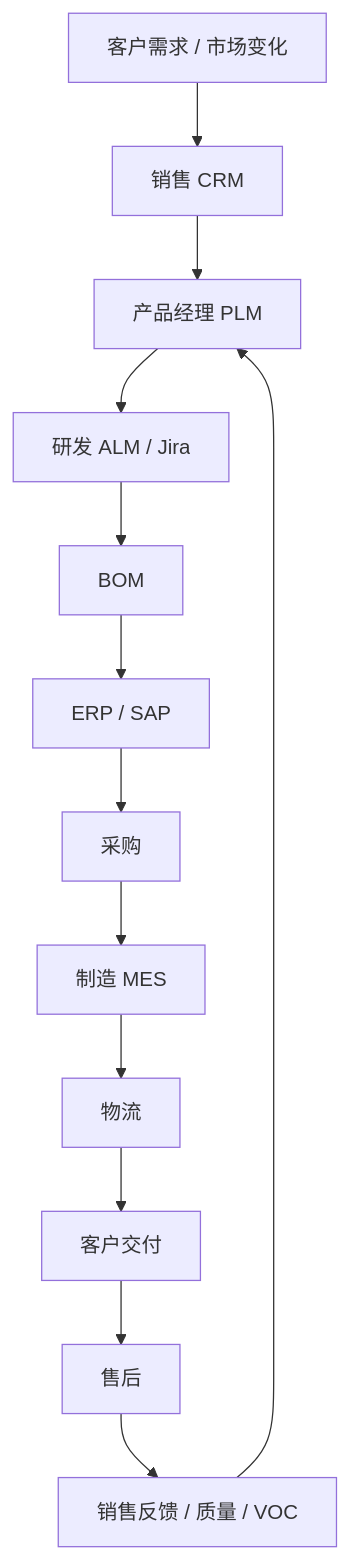
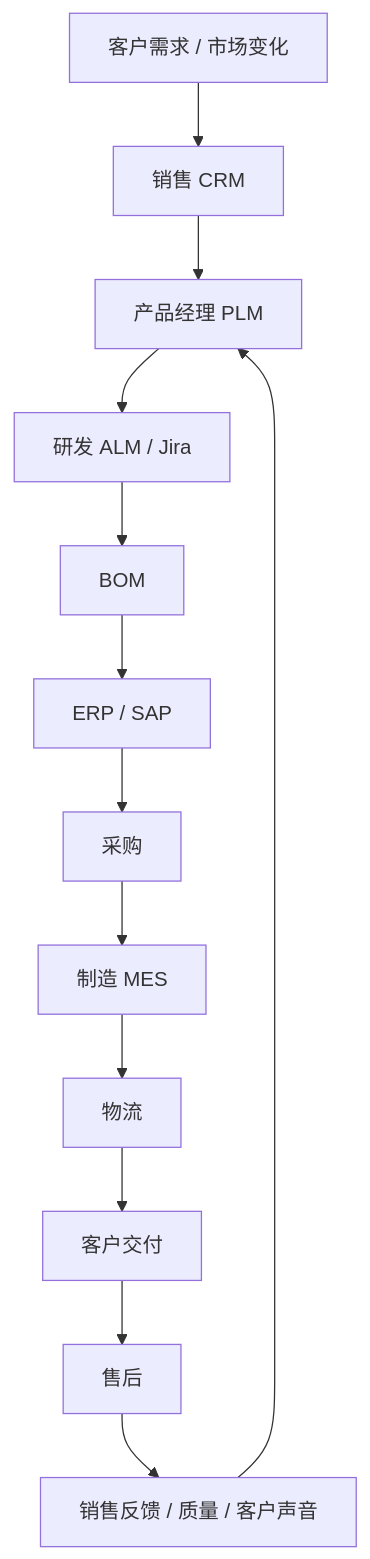
The fourth of 29 diagrams in 产品管理/战略和产品管理.md (analyst2004lx/paper01), drawn with Mermaid before and after one commit. The commit also changed other lines of this file and 2 other files, not shown here.

````diff
--- a/产品管理/战略和产品管理.md
+++ b/产品管理/战略和产品管理.md
@@ -268,15 +273,15 @@
 ```mermaid
 flowchart TD
     Need["客户需求 / 市场变化"] --> CRM["销售 CRM"]
     CRM --> PLM["产品经理 PLM"]
     PLM --> ALM["研发 ALM / Jira"]
     ALM --> BOM["BOM"]
     BOM --> ERP["ERP / SAP"]
     ERP --> Pur["采购"]
     Pur --> MES["制造 MES"]
     MES --> Log["物流"]
     Log --> Cust["客户交付"]
     Cust --> Svc["售后"]
-    Svc --> FB["销售反馈 / 质量 / VOC"]
+    Svc --> FB["销售反馈 / 质量 / 客户声音"]
     FB --> PLM
 ```
````
